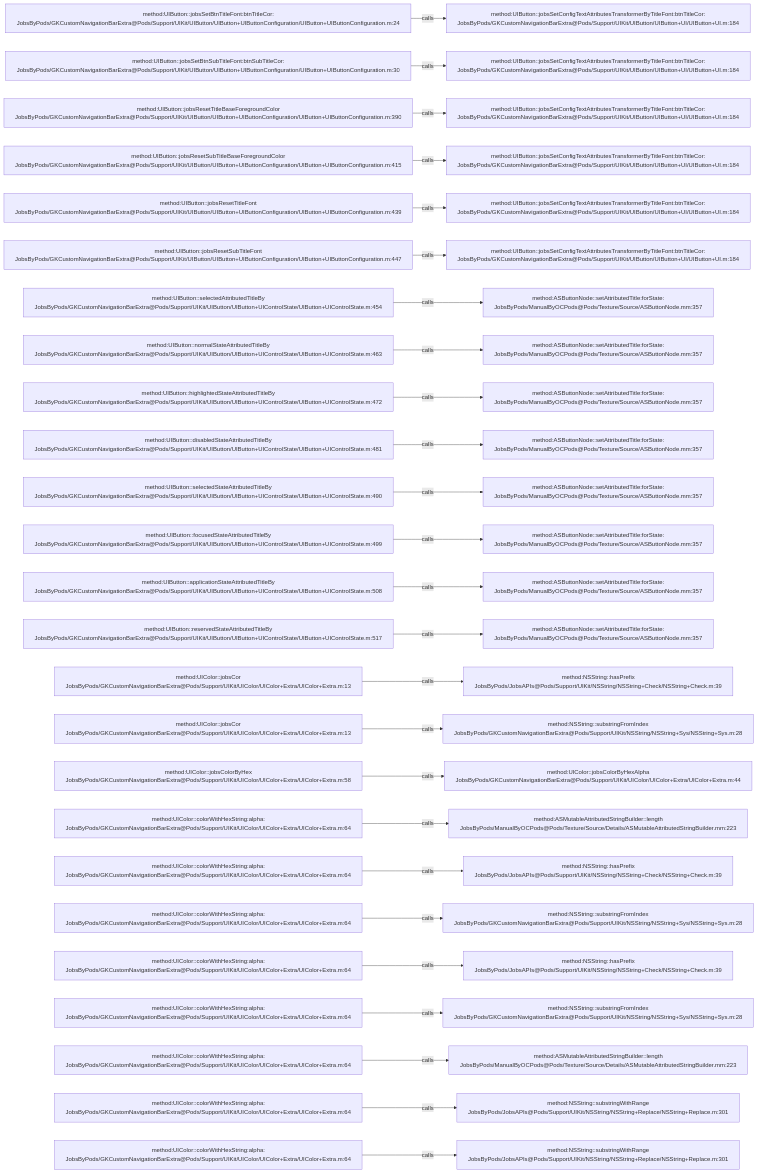
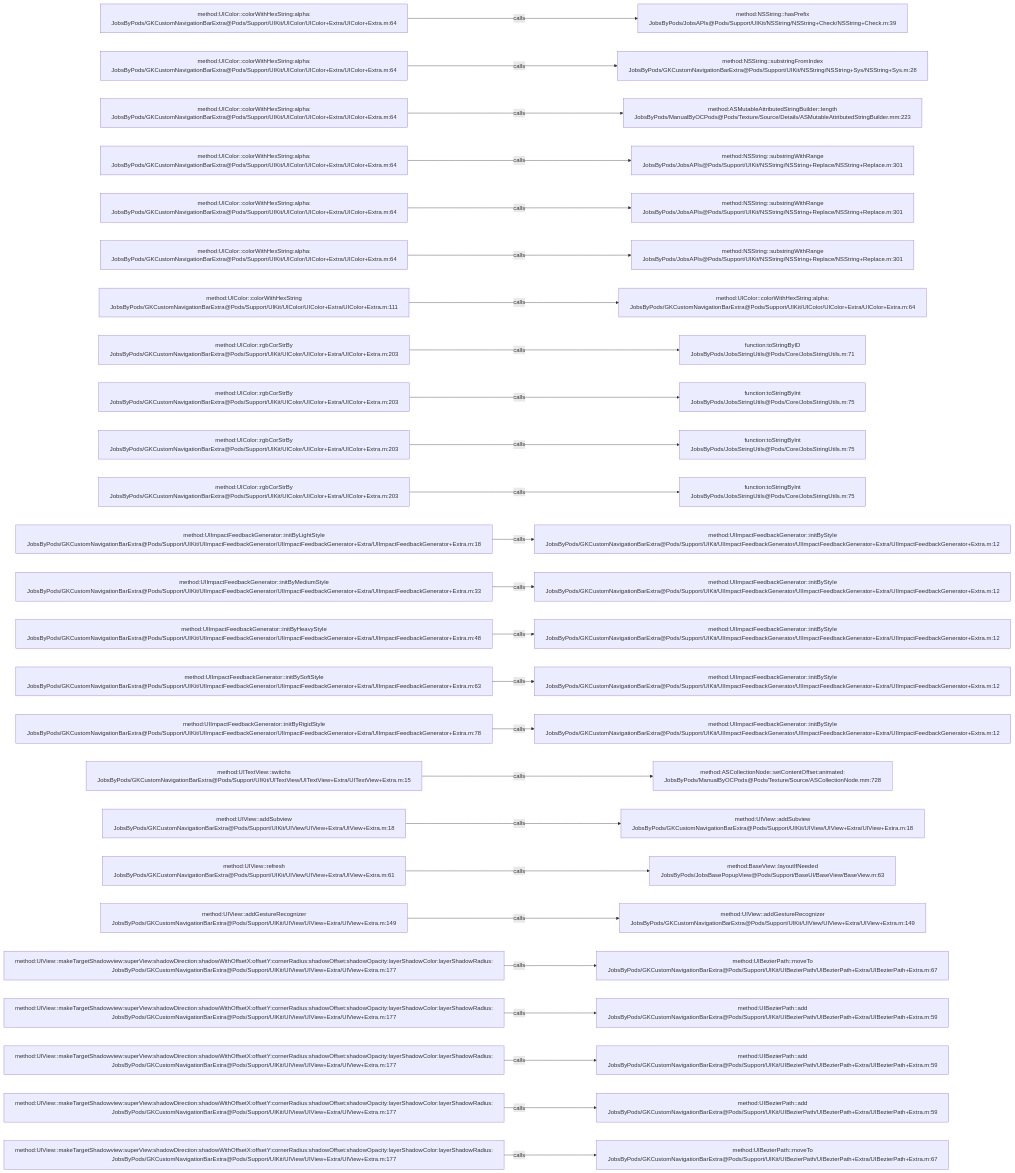
Before and after one commit to JobsKits/JobsOCBaseConfigDemo: the diagram in .codegraph/codegraph.md/graphs/calls-007.md, drawn with Mermaid. The commit also changed 1026 other files, not shown here.

````diff
--- a/.codegraph/codegraph.md/graphs/calls-007.md
+++ b/.codegraph/codegraph.md/graphs/calls-007.md
@@ -13,78 +13,78 @@
 ```mermaid
 flowchart LR
-  S1["method:UIButton::jobsSetBtnTitleFont:btnTitleCor:<br/>JobsByPods/GKCustomNavigationBarExtra@Pods/Support/UIKit/UIButton/UIButton+UIButtonConfiguration/UIButton+UIButtonConfiguration.m:24"]
-  T1["method:UIButton::jobsSetConfigTextAttributesTransformerByTitleFont:btnTitleCor:<br/>JobsByPods/GKCustomNavigationBarExtra@Pods/Support/UIKit/UIButton/UIButton+UI/UIButton+UI.m:184"]
+  S1["method:UIColor::colorWithHexString:alpha:<br/>JobsByPods/GKCustomNavigationBarExtra@Pods/Support/UIKit/UIColor/UIColor+Extra/UIColor+Extra.m:64"]
+  T1["method:NSString::hasPrefix<br/>JobsByPods/JobsAPIs@Pods/Support/UIKit/NSString/NSString+Check/NSString+Check.m:39"]
   S1 -->|calls| T1
-  S2["method:UIButton::jobsSetBtnSubTitleFont:btnSubTitleCor:<br/>JobsByPods/GKCustomNavigationBarExtra@Pods/Support/UIKit/UIButton/UIButton+UIButtonConfiguration/UIButton+UIButtonConfiguration.m:30"]
-  T2["method:UIButton::jobsSetConfigTextAttributesTransformerByTitleFont:btnTitleCor:<br/>JobsByPods/GKCustomNavigationBarExtra@Pods/Support/UIKit/UIButton/UIButton+UI/UIButton+UI.m:184"]
+  S2["method:UIColor::colorWithHexString:alpha:<br/>JobsByPods/GKCustomNavigationBarExtra@Pods/Support/UIKit/UIColor/UIColor+Extra/UIColor+Extra.m:64"]
+  T2["method:NSString::substringFromIndex<br/>JobsByPods/GKCustomNavigationBarExtra@Pods/Support/UIKit/NSString/NSString+Sys/NSString+Sys.m:28"]
   S2 -->|calls| T2
-  S3["method:UIButton::jobsResetTitleBaseForegroundColor<br/>JobsByPods/GKCustomNavigationBarExtra@Pods/Support/UIKit/UIButton/UIButton+UIButtonConfiguration/UIButton+UIButtonConfiguration.m:390"]
-  T3["method:UIButton::jobsSetConfigTextAttributesTransformerByTitleFont:btnTitleCor:<br/>JobsByPods/GKCustomNavigationBarExtra@Pods/Support/UIKit/UIButton/UIButton+UI/UIButton+UI.m:184"]
+  S3["method:UIColor::colorWithHexString:alpha:<br/>JobsByPods/GKCustomNavigationBarExtra@Pods/Support/UIKit/UIColor/UIColor+Extra/UIColor+Extra.m:64"]
+  T3["method:ASMutableAttributedStringBuilder::length<br/>JobsByPods/ManualByOCPods@Pods/Texture/Source/Details/ASMutableAttributedStringBuilder.mm:223"]
   S3 -->|calls| T3
-  S4["method:UIButton::jobsResetSubTitleBaseForegroundColor<br/>JobsByPods/GKCustomNavigationBarExtra@Pods/Support/UIKit/UIButton/UIButton+UIButtonConfiguration/UIButton+UIButtonConfiguration.m:415"]
-  T4["method:UIButton::jobsSetConfigTextAttributesTransformerByTitleFont:btnTitleCor:<br/>JobsByPods/GKCustomNavigationBarExtra@Pods/Support/UIKit/UIButton/UIButton+UI/UIButton+UI.m:184"]
+  S4["method:UIColor::colorWithHexString:alpha:<br/>JobsByPods/GKCustomNavigationBarExtra@Pods/Support/UIKit/UIColor/UIColor+Extra/UIColor+Extra.m:64"]
+  T4["method:NSString::substringWithRange<br/>JobsByPods/JobsAPIs@Pods/Support/UIKit/NSString/NSString+Replace/NSString+Replace.m:301"]
   S4 -->|calls| T4
-  S5["method:UIButton::jobsResetTitleFont<br/>JobsByPods/GKCustomNavigationBarExtra@Pods/Support/UIKit/UIButton/UIButton+UIButtonConfiguration/UIButton+UIButtonConfiguration.m:439"]
-  T5["method:UIButton::jobsSetConfigTextAttributesTransformerByTitleFont:btnTitleCor:<br/>JobsByPods/GKCustomNavigationBarExtra@Pods/Support/UIKit/UIButton/UIButton+UI/UIButton+UI.m:184"]
+  S5["method:UIColor::colorWithHexString:alpha:<br/>JobsByPods/GKCustomNavigationBarExtra@Pods/Support/UIKit/UIColor/UIColor+Extra/UIColor+Extra.m:64"]
+  T5["method:NSString::substringWithRange<br/>JobsByPods/JobsAPIs@Pods/Support/UIKit/NSString/NSString+Replace/NSString+Replace.m:301"]
   S5 -->|calls| T5
-  S6["method:UIButton::jobsResetSubTitleFont<br/>JobsByPods/GKCustomNavigationBarExtra@Pods/Support/UIKit/UIButton/UIButton+UIButtonConfiguration/UIButton+UIButtonConfiguration.m:447"]
-  T6["method:UIButton::jobsSetConfigTextAttributesTransformerByTitleFont:btnTitleCor:<br/>JobsByPods/GKCustomNavigationBarExtra@Pods/Support/UIKit/UIButton/UIButton+UI/UIButton+UI.m:184"]
+  S6["method:UIColor::colorWithHexString:alpha:<br/>JobsByPods/GKCustomNavigationBarExtra@Pods/Support/UIKit/UIColor/UIColor+Extra/UIColor+Extra.m:64"]
+  T6["method:NSString::substringWithRange<br/>JobsByPods/JobsAPIs@Pods/Support/UIKit/NSString/NSString+Replace/NSString+Replace.m:301"]
   S6 -->|calls| T6
-  S7["method:UIButton::selectedAttributedTitleBy<br/>JobsByPods/GKCustomNavigationBarExtra@Pods/Support/UIKit/UIButton/UIButton+UIControlState/UIButton+UIControlState.m:454"]
-  T7["method:ASButtonNode::setAttributedTitle:forState:<br/>JobsByPods/ManualByOCPods@Pods/Texture/Source/ASButtonNode.mm:357"]
+  S7["method:UIColor::colorWithHexString<br/>JobsByPods/GKCustomNavigationBarExtra@Pods/Support/UIKit/UIColor/UIColor+Extra/UIColor+Extra.m:111"]
+  T7["method:UIColor::colorWithHexString:alpha:<br/>JobsByPods/GKCustomNavigationBarExtra@Pods/Support/UIKit/UIColor/UIColor+Extra/UIColor+Extra.m:64"]
   S7 -->|calls| T7
-  S8["method:UIButton::normalStateAttributedTitleBy<br/>JobsByPods/GKCustomNavigationBarExtra@Pods/Support/UIKit/UIButton/UIButton+UIControlState/UIButton+UIControlState.m:463"]
-  T8["method:ASButtonNode::setAttributedTitle:forState:<br/>JobsByPods/ManualByOCPods@Pods/Texture/Source/ASButtonNode.mm:357"]
+  S8["method:UIColor::rgbCorStrBy<br/>JobsByPods/GKCustomNavigationBarExtra@Pods/Support/UIKit/UIColor/UIColor+Extra/UIColor+Extra.m:203"]
+  T8["function:toStringByID<br/>JobsByPods/JobsStringUtils@Pods/Core/JobsStringUtils.m:71"]
   S8 -->|calls| T8
-  S9["method:UIButton::highlightedStateAttributedTitleBy<br/>JobsByPods/GKCustomNavigationBarExtra@Pods/Support/UIKit/UIButton/UIButton+UIControlState/UIButton+UIControlState.m:472"]
-  T9["method:ASButtonNode::setAttributedTitle:forState:<br/>JobsByPods/ManualByOCPods@Pods/Texture/Source/ASButtonNode.mm:357"]
+  S9["method:UIColor::rgbCorStrBy<br/>JobsByPods/GKCustomNavigationBarExtra@Pods/Support/UIKit/UIColor/UIColor+Extra/UIColor+Extra.m:203"]
+  T9["function:toStringByInt<br/>JobsByPods/JobsStringUtils@Pods/Core/JobsStringUtils.m:75"]
   S9 -->|calls| T9
-  S10["method:UIButton::disabledStateAttributedTitleBy<br/>JobsByPods/GKCustomNavigationBarExtra@Pods/Support/UIKit/UIButton/UIButton+UIControlState/UIButton+UIControlState.m:481"]
-  T10["method:ASButtonNode::setAttributedTitle:forState:<br/>JobsByPods/ManualByOCPods@Pods/Texture/Source/ASButtonNode.mm:357"]
+  S10["method:UIColor::rgbCorStrBy<br/>JobsByPods/GKCustomNavigationBarExtra@Pods/Support/UIKit/UIColor/UIColor+Extra/UIColor+Extra.m:203"]
+  T10["function:toStringByInt<br/>JobsByPods/JobsStringUtils@Pods/Core/JobsStringUtils.m:75"]
   S10 -->|calls| T10
-  S11["method:UIButton::selectedStateAttributedTitleBy<br/>JobsByPods/GKCustomNavigationBarExtra@Pods/Support/UIKit/UIButton/UIButton+UIControlState/UIButton+UIControlState.m:490"]
-  T11["method:ASButtonNode::setAttributedTitle:forState:<br/>JobsByPods/ManualByOCPods@Pods/Texture/Source/ASButtonNode.mm:357"]
+  S11["method:UIColor::rgbCorStrBy<br/>JobsByPods/GKCustomNavigationBarExtra@Pods/Support/UIKit/UIColor/UIColor+Extra/UIColor+Extra.m:203"]
+  T11["function:toStringByInt<br/>JobsByPods/JobsStringUtils@Pods/Core/JobsStringUtils.m:75"]
   S11 -->|calls| T11
-  S12["method:UIButton::focusedStateAttributedTitleBy<br/>JobsByPods/GKCustomNavigationBarExtra@Pods/Support/UIKit/UIButton/UIButton+UIControlState/UIButton+UIControlState.m:499"]
-  T12["method:ASButtonNode::setAttributedTitle:forState:<br/>JobsByPods/ManualByOCPods@Pods/Texture/Source/ASButtonNode.mm:357"]
+  S12["method:UIImpactFeedbackGenerator::initByLightStyle<br/>JobsByPods/GKCustomNavigationBarExtra@Pods/Support/UIKit/UIImpactFeedbackGenerator/UIImpactFeedbackGenerator+Extra/UIImpactFeedbackGenerator+Extra.m:18"]
+  T12["method:UIImpactFeedbackGenerator::initByStyle<br/>JobsByPods/GKCustomNavigationBarExtra@Pods/Support/UIKit/UIImpactFeedbackGenerator/UIImpactFeedbackGenerator+Extra/UIImpactFeedbackGenerator+Extra.m:12"]
   S12 -->|calls| T12
-  S13["method:UIButton::applicationStateAttributedTitleBy<br/>JobsByPods/GKCustomNavigationBarExtra@Pods/Support/UIKit/UIButton/UIButton+UIControlState/UIButton+UIControlState.m:508"]
-  T13["method:ASButtonNode::setAttributedTitle:forState:<br/>JobsByPods/ManualByOCPods@Pods/Texture/Source/ASButtonNode.mm:357"]
+  S13["method:UIImpactFeedbackGenerator::initByMediumStyle<br/>JobsByPods/GKCustomNavigationBarExtra@Pods/Support/UIKit/UIImpactFeedbackGenerator/UIImpactFeedbackGenerator+Extra/UIImpactFeedbackGenerator+Extra.m:33"]
+  T13["method:UIImpactFeedbackGenerator::initByStyle<br/>JobsByPods/GKCustomNavigationBarExtra@Pods/Support/UIKit/UIImpactFeedbackGenerator/UIImpactFeedbackGenerator+Extra/UIImpactFeedbackGenerator+Extra.m:12"]
   S13 -->|calls| T13
-  S14["method:UIButton::reservedStateAttributedTitleBy<br/>JobsByPods/GKCustomNavigationBarExtra@Pods/Support/UIKit/UIButton/UIButton+UIControlState/UIButton+UIControlState.m:517"]
-  T14["method:ASButtonNode::setAttributedTitle:forState:<br/>JobsByPods/ManualByOCPods@Pods/Texture/Source/ASButtonNode.mm:357"]
+  S14["method:UIImpactFeedbackGenerator::initByHeavyStyle<br/>JobsByPods/GKCustomNavigationBarExtra@Pods/Support/UIKit/UIImpactFeedbackGenerator/UIImpactFeedbackGenerator+Extra/UIImpactFeedbackGenerator+Extra.m:48"]
+  T14["method:UIImpactFeedbackGenerator::initByStyle<br/>JobsByPods/GKCustomNavigationBarExtra@Pods/Support/UIKit/UIImpactFeedbackGenerator/UIImpactFeedbackGenerator+Extra/UIImpactFeedbackGenerator+Extra.m:12"]
   S14 -->|calls| T14
-  S15["method:UIColor::jobsCor<br/>JobsByPods/GKCustomNavigationBarExtra@Pods/Support/UIKit/UIColor/UIColor+Extra/UIColor+Extra.m:13"]
-  T15["method:NSString::hasPrefix<br/>JobsByPods/JobsAPIs@Pods/Support/UIKit/NSString/NSString+Check/NSString+Check.m:39"]
+  S15["method:UIImpactFeedbackGenerator::initBySoftStyle<br/>JobsByPods/GKCustomNavigationBarExtra@Pods/Support/UIKit/UIImpactFeedbackGenerator/UIImpactFeedbackGenerator+Extra/UIImpactFeedbackGenerator+Extra.m:63"]
+  T15["method:UIImpactFeedbackGenerator::initByStyle<br/>JobsByPods/GKCustomNavigationBarExtra@Pods/Support/UIKit/UIImpactFeedbackGenerator/UIImpactFeedbackGenerator+Extra/UIImpactFeedbackGenerator+Extra.m:12"]
   S15 -->|calls| T15
-  S16["method:UIColor::jobsCor<br/>JobsByPods/GKCustomNavigationBarExtra@Pods/Support/UIKit/UIColor/UIColor+Extra/UIColor+Extra.m:13"]
-  T16["method:NSString::substringFromIndex<br/>JobsByPods/GKCustomNavigationBarExtra@Pods/Support/UIKit/NSString/NSString+Sys/NSString+Sys.m:28"]
+  S16["method:UIImpactFeedbackGenerator::initByRigidStyle<br/>JobsByPods/GKCustomNavigationBarExtra@Pods/Support/UIKit/UIImpactFeedbackGenerator/UIImpactFeedbackGenerator+Extra/UIImpactFeedbackGenerator+Extra.m:78"]
+  T16["method:UIImpactFeedbackGenerator::initByStyle<br/>JobsByPods/GKCustomNavigationBarExtra@Pods/Support/UIKit/UIImpactFeedbackGenerator/UIImpactFeedbackGenerator+Extra/UIImpactFeedbackGenerator+Extra.m:12"]
   S16 -->|calls| T16
-  S17["method:UIColor::jobsColorByHex<br/>JobsByPods/GKCustomNavigationBarExtra@Pods/Support/UIKit/UIColor/UIColor+Extra/UIColor+Extra.m:58"]
-  T17["method:UIColor::jobsColorByHexAlpha<br/>JobsByPods/GKCustomNavigationBarExtra@Pods/Support/UIKit/UIColor/UIColor+Extra/UIColor+Extra.m:44"]
+  S17["method:UITextView::switchs<br/>JobsByPods/GKCustomNavigationBarExtra@Pods/Support/UIKit/UITextView/UITextView+Extra/UITextView+Extra.m:15"]
+  T17["method:ASCollectionNode::setContentOffset:animated:<br/>JobsByPods/ManualByOCPods@Pods/Texture/Source/ASCollectionNode.mm:728"]
   S17 -->|calls| T17
-  S18["method:UIColor::colorWithHexString:alpha:<br/>JobsByPods/GKCustomNavigationBarExtra@Pods/Support/UIKit/UIColor/UIColor+Extra/UIColor+Extra.m:64"]
-  T18["method:ASMutableAttributedStringBuilder::length<br/>JobsByPods/ManualByOCPods@Pods/Texture/Source/Details/ASMutableAttributedStringBuilder.mm:223"]
+  S18["method:UIView::addSubview<br/>JobsByPods/GKCustomNavigationBarExtra@Pods/Support/UIKit/UIView/UIView+Extra/UIView+Extra.m:18"]
+  T18["method:UIView::addSubview<br/>JobsByPods/GKCustomNavigationBarExtra@Pods/Support/UIKit/UIView/UIView+Extra/UIView+Extra.m:18"]
   S18 -->|calls| T18
-  S19["method:UIColor::colorWithHexString:alpha:<br/>JobsByPods/GKCustomNavigationBarExtra@Pods/Support/UIKit/UIColor/UIColor+Extra/UIColor+Extra.m:64"]
-  T19["method:NSString::hasPrefix<br/>JobsByPods/JobsAPIs@Pods/Support/UIKit/NSString/NSString+Check/NSString+Check.m:39"]
+  S19["method:UIView::refresh<br/>JobsByPods/GKCustomNavigationBarExtra@Pods/Support/UIKit/UIView/UIView+Extra/UIView+Extra.m:61"]
+  T19["method:BaseView::layoutIfNeeded<br/>JobsByPods/JobsBasePopupView@Pods/Support/BaseUI/BaseView/BaseView.m:63"]
   S19 -->|calls| T19
-  S20["method:UIColor::colorWithHexString:alpha:<br/>JobsByPods/GKCustomNavigationBarExtra@Pods/Support/UIKit/UIColor/UIColor+Extra/UIColor+Extra.m:64"]
-  T20["method:NSString::substringFromIndex<br/>JobsByPods/GKCustomNavigationBarExtra@Pods/Support/UIKit/NSString/NSString+Sys/NSString+Sys.m:28"]
+  S20["method:UIView::addGestureRecognizer<br/>JobsByPods/GKCustomNavigationBarExtra@Pods/Support/UIKit/UIView/UIView+Extra/UIView+Extra.m:149"]
+  T20["method:UIView::addGestureRecognizer<br/>JobsByPods/GKCustomNavigationBarExtra@Pods/Support/UIKit/UIView/UIView+Extra/UIView+Extra.m:149"]
   S20 -->|calls| T20
-  S21["method:UIColor::colorWithHexString:alpha:<br/>JobsByPods/GKCustomNavigationBarExtra@Pods/Support/UIKit/UIColor/UIColor+Extra/UIColor+Extra.m:64"]
-  T21["method:NSString::hasPrefix<br/>JobsByPods/JobsAPIs@Pods/Support/UIKit/NSString/NSString+Check/NSString+Check.m:39"]
+  S21["method:UIView::makeTargetShadowview:superView:shadowDirection:shadowWithOffsetX:offsetY:cornerRadius:shadowOffset:shadowOpacity:layerShadowColor:layerShadowRadius:<br/>JobsByPods/GKCustomNavigationBarExtra@Pods/Support/UIKit/UIView/UIView+Extra/UIView+Extra.m:177"]
+  T21["method:UIBezierPath::moveTo<br/>JobsByPods/GKCustomNavigationBarExtra@Pods/Support/UIKit/UIBezierPath/UIBezierPath+Extra/UIBezierPath+Extra.m:67"]
   S21 -->|calls| T21
-  S22["method:UIColor::colorWithHexString:alpha:<br/>JobsByPods/GKCustomNavigationBarExtra@Pods/Support/UIKit/UIColor/UIColor+Extra/UIColor+Extra.m:64"]
-  T22["method:NSString::substringFromIndex<br/>JobsByPods/GKCustomNavigationBarExtra@Pods/Support/UIKit/NSString/NSString+Sys/NSString+Sys.m:28"]
+  S22["method:UIView::makeTargetShadowview:superView:shadowDirection:shadowWithOffsetX:offsetY:cornerRadius:shadowOffset:shadowOpacity:layerShadowColor:layerShadowRadius:<br/>JobsByPods/GKCustomNavigationBarExtra@Pods/Support/UIKit/UIView/UIView+Extra/UIView+Extra.m:177"]
+  T22["method:UIBezierPath::add<br/>JobsByPods/GKCustomNavigationBarExtra@Pods/Support/UIKit/UIBezierPath/UIBezierPath+Extra/UIBezierPath+Extra.m:59"]
   S22 -->|calls| T22
-  S23["method:UIColor::colorWithHexString:alpha:<br/>JobsByPods/GKCustomNavigationBarExtra@Pods/Support/UIKit/UIColor/UIColor+Extra/UIColor+Extra.m:64"]
-  T23["method:ASMutableAttributedStringBuilder::length<br/>JobsByPods/ManualByOCPods@Pods/Texture/Source/Details/ASMutableAttributedStringBuilder.mm:223"]
+  S23["method:UIView::makeTargetShadowview:superView:shadowDirection:shadowWithOffsetX:offsetY:cornerRadius:shadowOffset:shadowOpacity:layerShadowColor:layerShadowRadius:<br/>JobsByPods/GKCustomNavigationBarExtra@Pods/Support/UIKit/UIView/UIView+Extra/UIView+Extra.m:177"]
+  T23["method:UIBezierPath::add<br/>JobsByPods/GKCustomNavigationBarExtra@Pods/Support/UIKit/UIBezierPath/UIBezierPath+Extra/UIBezierPath+Extra.m:59"]
   S23 -->|calls| T23
-  S24["method:UIColor::colorWithHexString:alpha:<br/>JobsByPods/GKCustomNavigationBarExtra@Pods/Support/UIKit/UIColor/UIColor+Extra/UIColor+Extra.m:64"]
-  T24["method:NSString::substringWithRange<br/>JobsByPods/JobsAPIs@Pods/Support/UIKit/NSString/NSString+Replace/NSString+Replace.m:301"]
+  S24["method:UIView::makeTargetShadowview:superView:shadowDirection:shadowWithOffsetX:offsetY:cornerRadius:shadowOffset:shadowOpacity:layerShadowColor:layerShadowRadius:<br/>JobsByPods/GKCustomNavigationBarExtra@Pods/Support/UIKit/UIView/UIView+Extra/UIView+Extra.m:177"]
+  T24["method:UIBezierPath::add<br/>JobsByPods/GKCustomNavigationBarExtra@Pods/Support/UIKit/UIBezierPath/UIBezierPath+Extra/UIBezierPath+Extra.m:59"]
   S24 -->|calls| T24
-  S25["method:UIColor::colorWithHexString:alpha:<br/>JobsByPods/GKCustomNavigationBarExtra@Pods/Support/UIKit/UIColor/UIColor+Extra/UIColor+Extra.m:64"]
-  T25["method:NSString::substringWithRange<br/>JobsByPods/JobsAPIs@Pods/Support/UIKit/NSString/NSString+Replace/NSString+Replace.m:301"]
+  S25["method:UIView::makeTargetShadowview:superView:shadowDirection:shadowWithOffsetX:offsetY:cornerRadius:shadowOffset:shadowOpacity:layerShadowColor:layerShadowRadius:<br/>JobsByPods/GKCustomNavigationBarExtra@Pods/Support/UIKit/UIView/UIView+Extra/UIView+Extra.m:177"]
+  T25["method:UIBezierPath::moveTo<br/>JobsByPods/GKCustomNavigationBarExtra@Pods/Support/UIKit/UIBezierPath/UIBezierPath+Extra/UIBezierPath+Extra.m:67"]
   S25 -->|calls| T25
 ```
````
